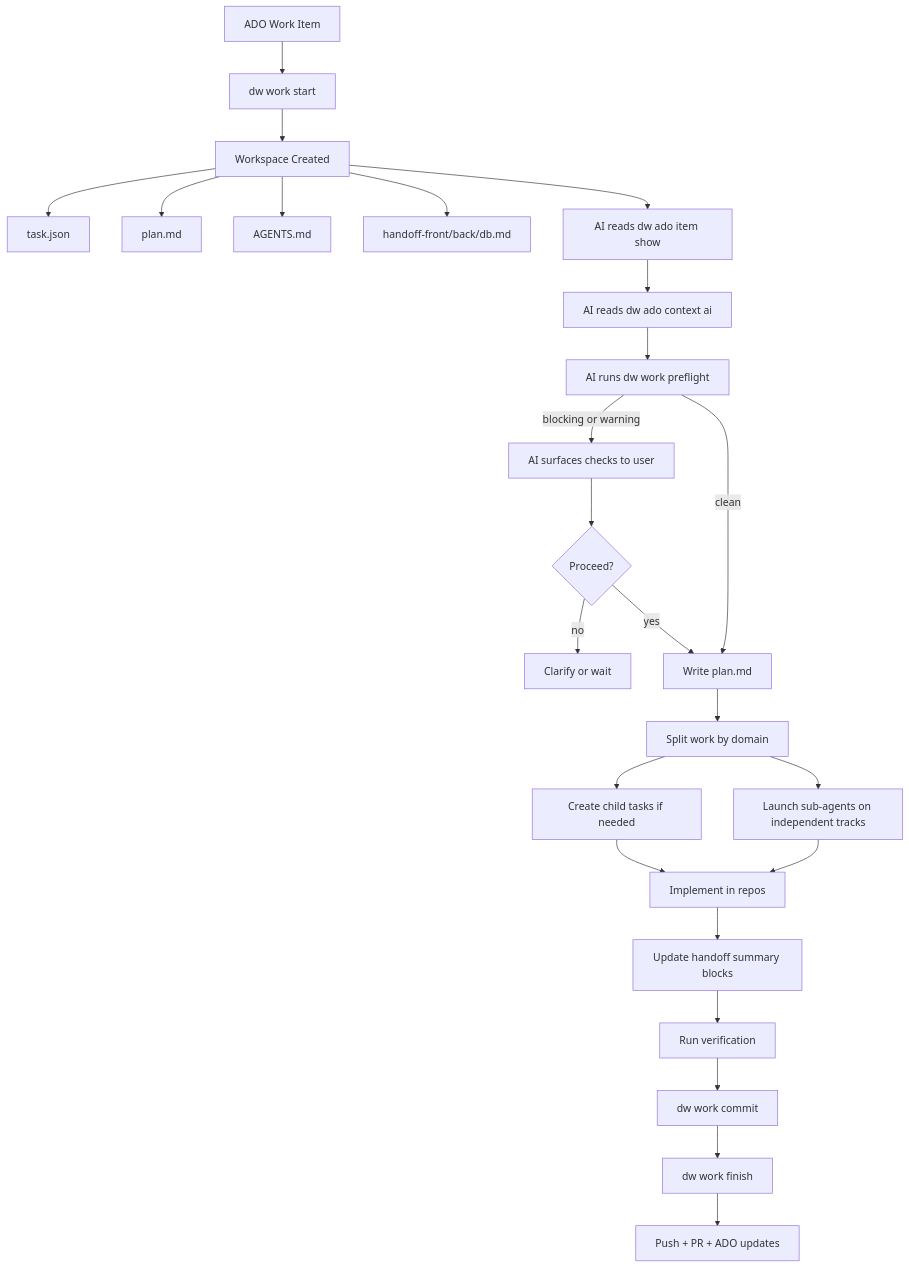
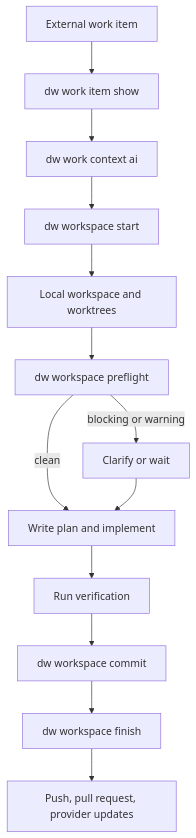
Before and after one commit to sachahjkl/dw: the diagram in README.md, drawn with Mermaid. The commit also changed other lines of this file and 116 other files, not shown here.

````diff
--- a/README.md
+++ b/README.md
@@ -198,31 +202,15 @@
 ```mermaid
 flowchart TD
-    A[ADO Work Item] --> B[dw work start]
-    B --> C[Workspace Created]
-    C --> C1[task.json]
-    C --> C2[plan.md]
-    C --> C3[AGENTS.md]
-    C --> C4[handoff-front/back/db.md]
-
-    C --> D[AI reads dw ado item show]
-    D --> E[AI reads dw ado context ai]
-    E --> F[AI runs dw work preflight]
-
-    F -->|blocking or warning| G[AI surfaces checks to user]
-    G --> H{Proceed?}
-    H -->|no| I[Clarify or wait]
-    H -->|yes| J[Write plan.md]
-    F -->|clean| J
-
-    J --> K[Split work by domain]
-    K --> L[Create child tasks if needed]
-    K --> M[Launch sub-agents on independent tracks]
-
-    L --> N[Implement in repos]
-    M --> N
-    N --> O[Update handoff summary blocks]
-    O --> P[Run verification]
-    P --> Q[dw work commit]
-    Q --> R[dw work finish]
-    R --> S[Push + PR + ADO updates]
+    A[External work item] --> B[dw work item show]
+    B --> C[dw work context ai]
+    C --> D[dw workspace start]
+    D --> E[Local workspace and worktrees]
+    E --> F[dw workspace preflight]
+    F -->|blocking or warning| G[Clarify or wait]
+    F -->|clean| H[Write plan and implement]
+    G --> H
+    H --> I[Run verification]
+    I --> J[dw workspace commit]
+    J --> K[dw workspace finish]
+    K --> L[Push, pull request, provider updates]
 ```
````
